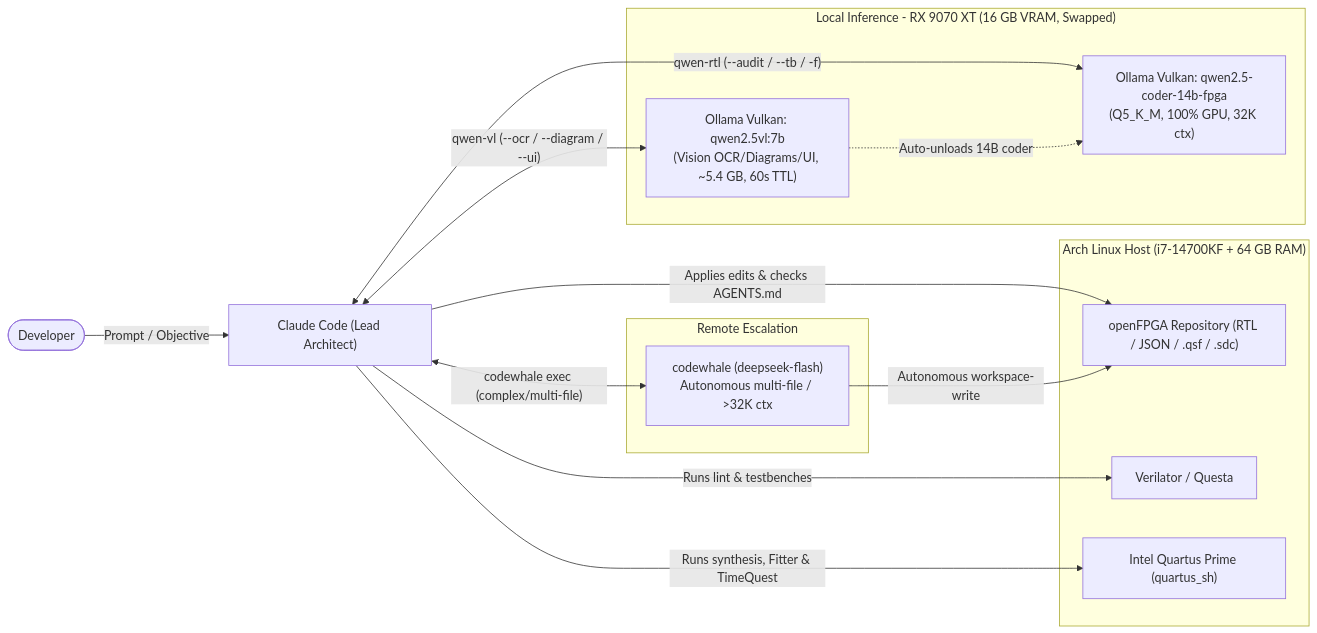
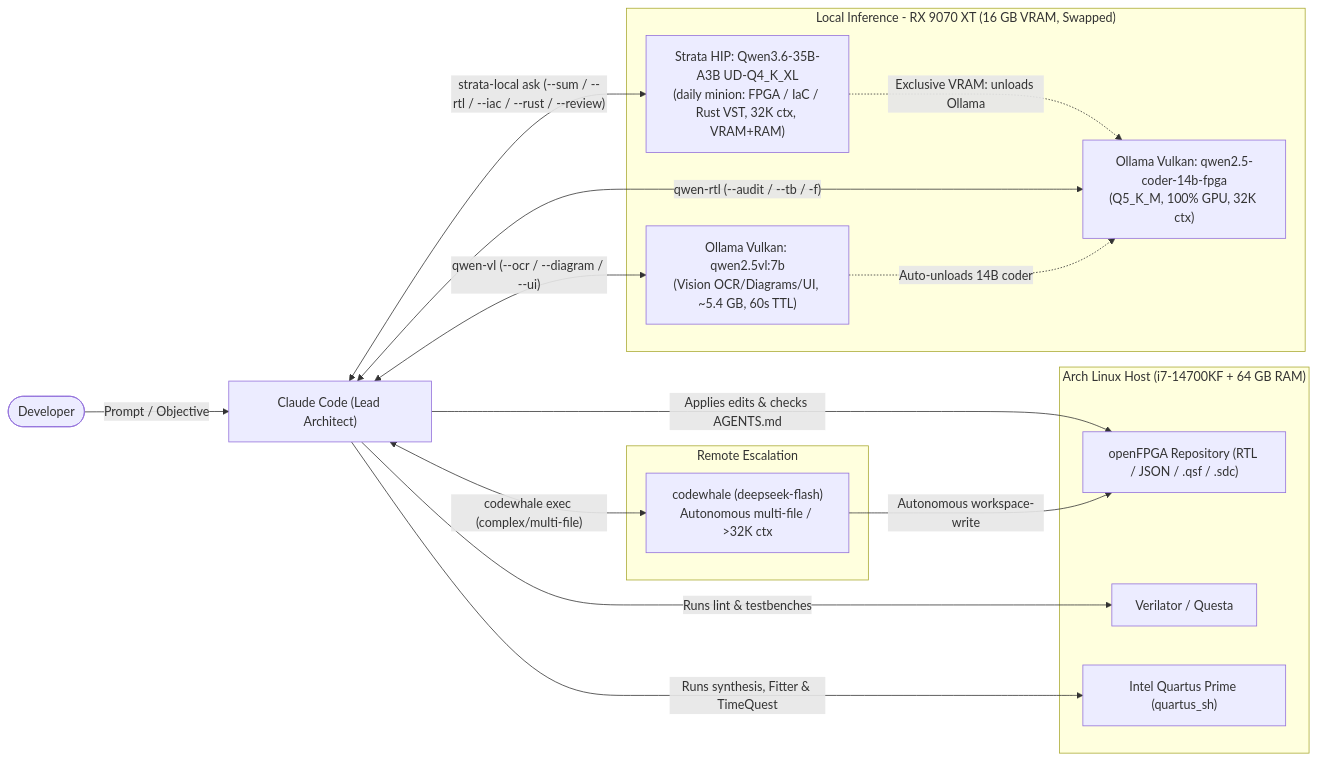
Before and after one commit to DanimanX/9070FpgaIAWorkflow: the first of 3 diagrams in docs/ai-fpga-workflow.md, drawn with Mermaid. The commit also changed 5 other files, not shown here.

First line of the commit message:
feat: add Strata (Qwen3.6-35B-A3B) as hybrid daily minion for FPGA, IaC and Rust VST

````diff
--- a/docs/ai-fpga-workflow.md
+++ b/docs/ai-fpga-workflow.md
@@ -14,28 +14,31 @@
 ```mermaid
 flowchart LR
     Dev(["Developer"]) -->|"Prompt / Objective"| Claude["Claude Code (Lead Architect)"]
 
     subgraph LocalGPU["Local Inference - RX 9070 XT (16 GB VRAM, Swapped)"]
+        Strata["Strata HIP: Qwen3.6-35B-A3B UD-Q4_K_XL<br/>(daily minion: FPGA / IaC / Rust VST, 32K ctx, VRAM+RAM)"]
         Qwen["Ollama Vulkan: qwen2.5-coder-14b-fpga<br/>(Q5_K_M, 100% GPU, 32K ctx)"]
         QwenVL["Ollama Vulkan: qwen2.5vl:7b<br/>(Vision OCR/Diagrams/UI, ~5.4 GB, 60s TTL)"]
     end
 
     subgraph CloudAPI["Remote Escalation"]
         CW["codewhale (deepseek-flash)<br/>Autonomous multi-file / >32K ctx"]
     end
 
     subgraph Toolchain["Arch Linux Host (i7-14700KF + 64 GB RAM)"]
         FS["openFPGA Repository (RTL / JSON / .qsf / .sdc)"]
         Sim["Verilator / Questa"]
         Quartus["Intel Quartus Prime (quartus_sh)"]
     end
 
+    Claude <-->|"strata-local ask (--sum / --rtl / --iac / --rust / --review)"| Strata
+    Strata -.->|"Exclusive VRAM: unloads Ollama"| Qwen
     Claude <-->|"qwen-rtl (--audit / --tb / -f)"| Qwen
     Claude <-->|"qwen-vl (--ocr / --diagram / --ui)"| QwenVL
     QwenVL -.->|"Auto-unloads 14B coder"| Qwen
     Claude <-->|"codewhale exec (complex/multi-file)"| CW
     Claude -->|"Applies edits & checks AGENTS.md"| FS
     CW -->|"Autonomous workspace-write"| FS
     Claude -->|"Runs lint & testbenches"| Sim
     Claude -->|"Runs synthesis, Fitter & TimeQuest"| Quartus
 ```
````
